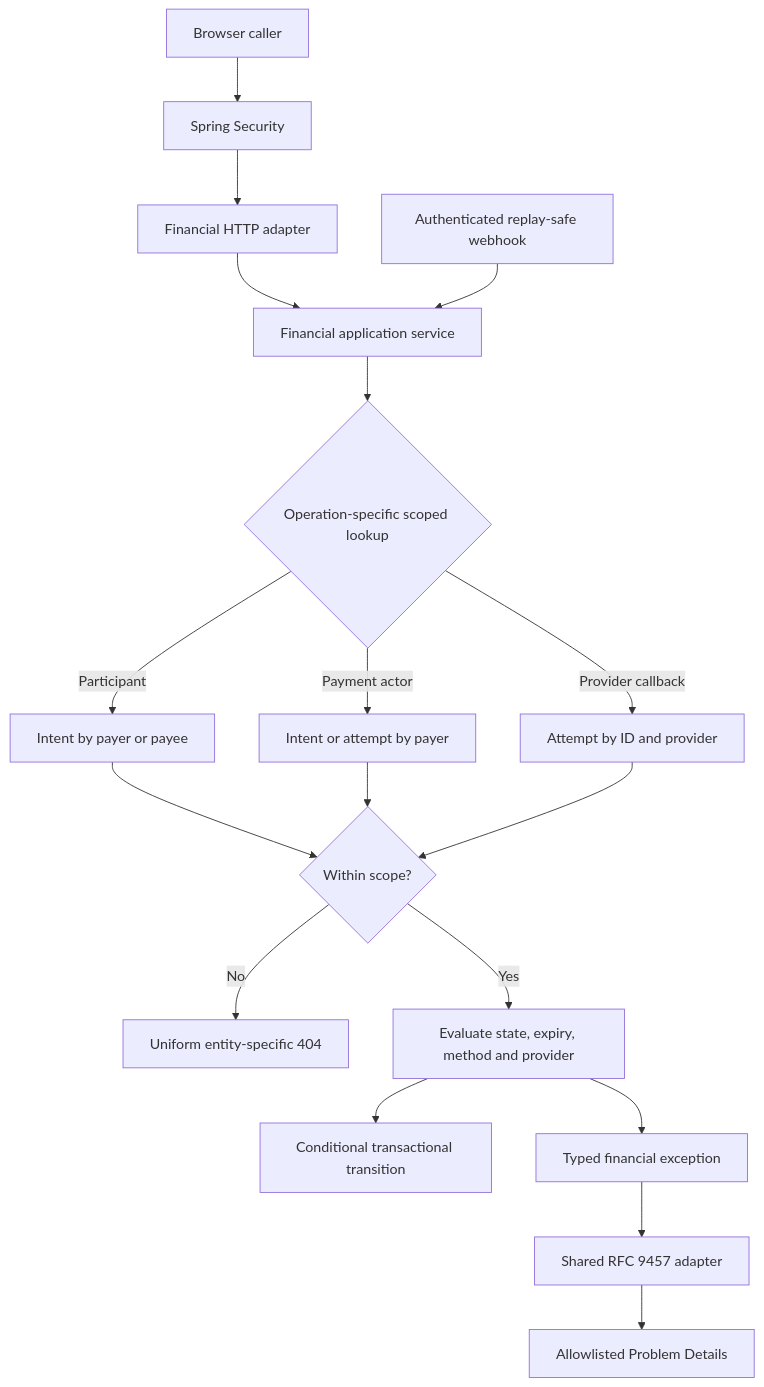
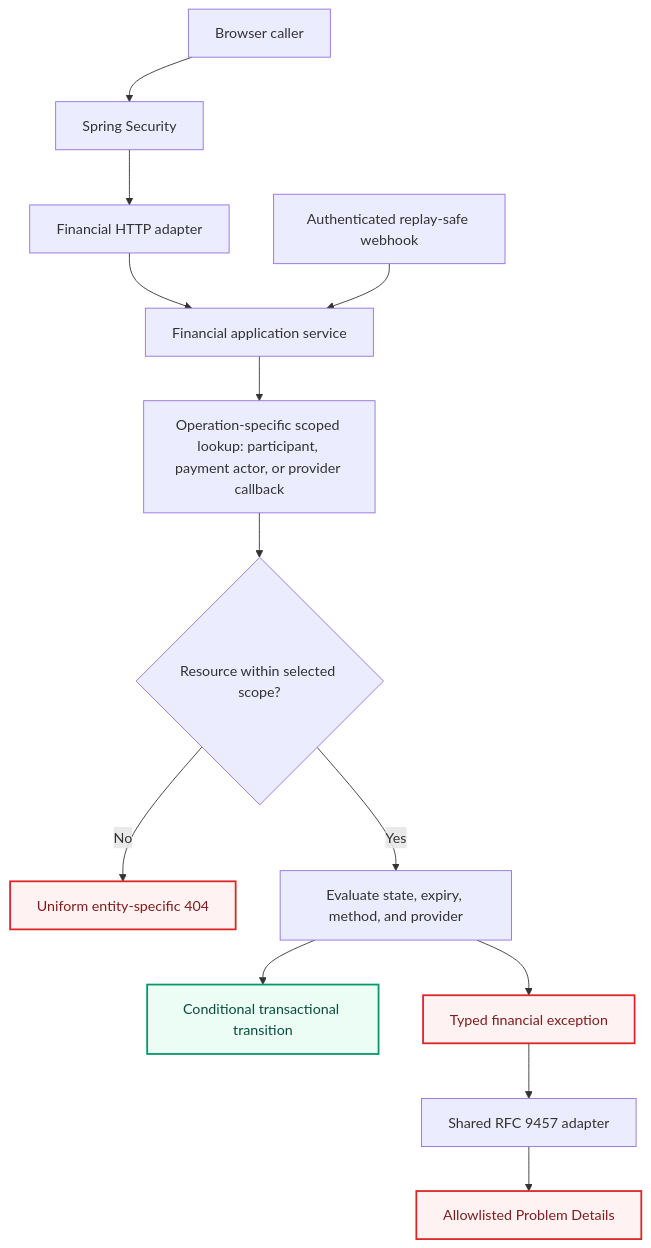
One commit to kundankumar7/optrabidz changed the diagram in docs/error-handling/work-items/KAN-35-payment-error-migration/assets/payment-error-boundary.mmd. Above: the diagram before and after it, drawn with Mermaid. The commit also changed 8 other files, not shown here.

Commit message:
Improve payment error diagrams (KAN-39)

```diff
--- a/docs/error-handling/work-items/KAN-35-payment-error-migration/assets/payment-error-boundary.mmd
+++ b/docs/error-handling/work-items/KAN-35-payment-error-migration/assets/payment-error-boundary.mmd
@@ -1,21 +1,24 @@
-flowchart TD
-    B[Browser caller] --> S[Spring Security]
-    S --> C[Financial HTTP adapter]
-    C --> A[Financial application service]
-    W[Authenticated replay-safe webhook] --> A
+flowchart TB
+    accTitle: Payment ownership and error boundary
+    accDescr: Browser and replay-safe webhook requests reach the financial application service, select an operation-specific scoped lookup, disclose the same 404 for missing and non-owned resources, and map typed state failures through the shared RFC 9457 adapter.
 
-    A --> Q{Operation-specific scoped lookup}
-    Q -->|Participant| PI[Intent by payer or payee]
-    Q -->|Payment actor| PA[Intent or attempt by payer]
-    Q -->|Provider callback| PP[Attempt by ID and provider]
+    Browser["Browser caller"] --> Security["Spring Security"]
+    Security --> Http["Financial HTTP adapter"]
+    Http --> Application["Financial application service"]
+    Webhook["Authenticated replay-safe webhook"] --> Application
 
-    PI --> D{Within scope?}
-    PA --> D
-    PP --> D
+    Application --> Lookup["Operation-specific scoped lookup: participant, payment actor, or provider callback"]
+    Lookup --> Scope{"Resource within selected scope?"}
+    Scope -->|"No"| NotFound["Uniform entity-specific 404"]
+    Scope -->|"Yes"| State["Evaluate state, expiry, method, and provider"]
+    State --> Transition["Conditional transactional transition"]
+    State --> Error["Typed financial exception"]
+    Error --> Adapter["Shared RFC 9457 adapter"]
+    Adapter --> Problem["Allowlisted Problem Details"]
 
-    D -->|No| N[Uniform entity-specific 404]
-    D -->|Yes| R[Evaluate state, expiry, method and provider]
-    R --> T[Conditional transactional transition]
-    R --> E[Typed financial exception]
-    E --> H[Shared RFC 9457 adapter]
-    H --> P[Allowlisted Problem Details]
+    Browser ~~~ Webhook
+
+    classDef error fill:#FEF2F2,stroke:#DC2626,color:#7F1D1D,stroke-width:2px
+    classDef success fill:#ECFDF5,stroke:#059669,color:#064E3B,stroke-width:2px
+    class NotFound,Error,Problem error
+    class Transition success
```
